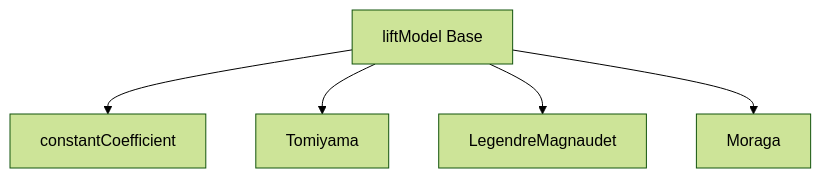
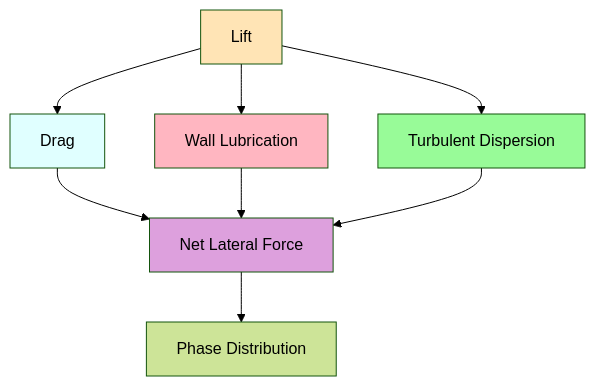
One commit to wramet/build-my-cfd changed the fifth of 5 diagrams in MODULE_04_MULTIPHASE_FUNDAMENTALS/CONTENT/04_INTERPHASE_FORCES/02_LIFT/03_OpenFOAM_Implementation.md. Above: the diagram before and after it, drawn with Mermaid (forest theme). The commit also changed other lines of this file and 75 other files, not shown here.

````diff
--- a/MODULE_04_MULTIPHASE_FUNDAMENTALS/CONTENT/04_INTERPHASE_FORCES/02_LIFT/03_OpenFOAM_Implementation.md
+++ b/MODULE_04_MULTIPHASE_FUNDAMENTALS/CONTENT/04_INTERPHASE_FORCES/02_LIFT/03_OpenFOAM_Implementation.md
@@ -9,7 +1480,18 @@
 ```mermaid
-flowchart TD
-    A[liftModel Base] --> B[constantCoefficient]
-    A --> C[Tomiyama]
-    A --> D[LegendreMagnaudet]
-    A --> E[Moraga]
+graph TD
+    A[Lift] --> B[Drag]
+    A --> C[Wall Lubrication]
+    A --> D[Turbulent Dispersion]
+    
+    B --> E[Net Lateral Force]
+    C --> E
+    D --> E
+    
+    E --> F[Phase Distribution]
+    
+    style A fill:#FFE4B5
+    style B fill:#E0FFFF
+    style C fill:#FFB6C1
+    style D fill:#98FB98
+    style E fill:#DDA0DD
 ```
````
